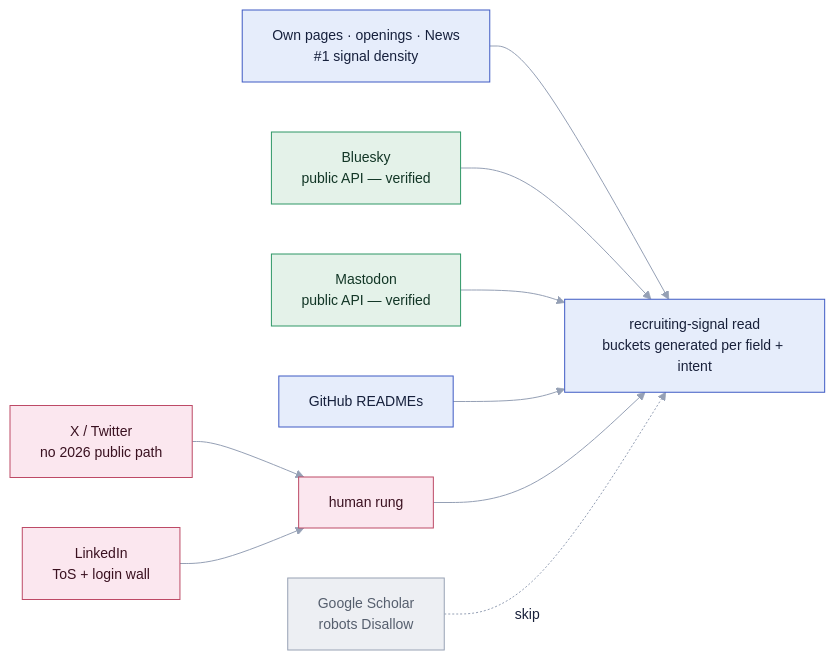
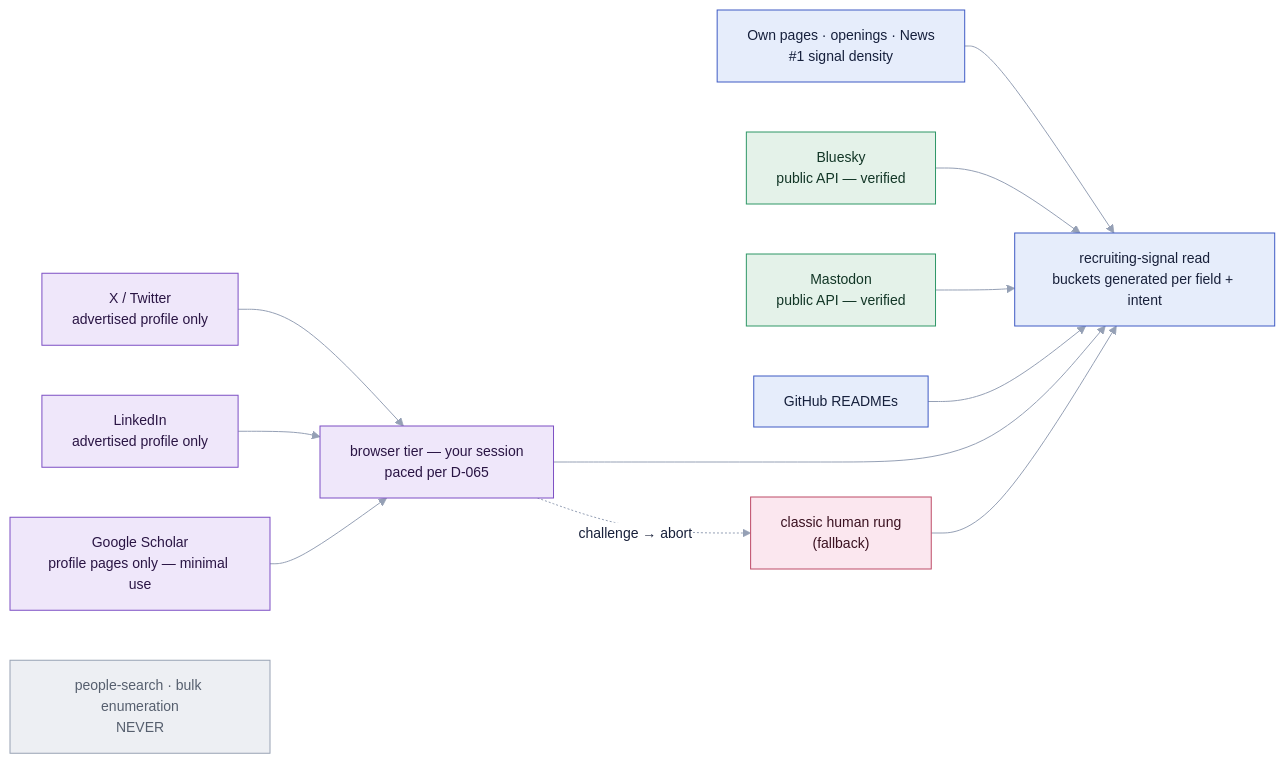
Before and after one commit to ahmedmahershaaban/supervisorly: the eighth of 12 diagrams in docs/design-atlas.md, drawn with Mermaid. The commit also changed other lines of this file and 3 other files, not shown here.

First line of the commit message:
B7: update design-atlas artifacts to the shipped reality + dashboard diagram

````diff
--- a/docs/design-atlas.md
+++ b/docs/design-atlas.md
@@ -220,31 +423,37 @@
 ```mermaid
 %%{init:{'theme':'base','themeVariables':{'fontFamily':'ui-sans-serif,system-ui,sans-serif','fontSize':'14px','primaryColor':'#e6edfb','primaryBorderColor':'#3f5bc4','primaryTextColor':'#18203a','lineColor':'#95a0b5','secondaryColor':'#eef1f6','tertiaryColor':'#f6f8fb','clusterBkg':'#f6f8fb','clusterBorder':'#cbd3e2','edgeLabelBackground':'#ffffff'}}}%%
 flowchart LR
   OWN["Own pages · openings · News<br/>#1 signal density"]
   BSKY["Bluesky<br/>public API — verified"]
   MASTO["Mastodon<br/>public API — verified"]
   GH["GitHub READMEs"]
-  X["X / Twitter<br/>no 2026 public path"]
-  LI["LinkedIn<br/>ToS + login wall"]
-  GS["Google Scholar<br/>robots Disallow"]
+  X["X / Twitter<br/>advertised profile only"]
+  LI["LinkedIn<br/>advertised profile only"]
+  GS["Google Scholar<br/>profile pages only — minimal use"]
 
   RS["recruiting-signal read<br/>buckets generated per field + intent"]
-  HUMAN["human rung"]
+  BTIER["browser tier — your session<br/>paced per D-065"]
+  HUMAN["classic human rung<br/>(fallback)"]
+  NEVER["people-search · bulk enumeration<br/>NEVER"]
 
   OWN --> RS
   BSKY --> RS
   MASTO --> RS
   GH --> RS
-  X --> HUMAN --> RS
-  LI --> HUMAN
-  GS -.->|"skip"| RS
+  X --> BTIER
+  LI --> BTIER
+  GS --> BTIER
+  BTIER --> RS
+  BTIER -.->|"challenge → abort"| HUMAN --> RS
 
   classDef tool fill:#e6edfb,stroke:#3f5bc4,color:#16203c;
   classDef verified fill:#e4f2e9,stroke:#2f9767,color:#123626;
+  classDef agentv fill:#efe7fa,stroke:#7c4fc4,color:#2a1544;
   classDef human fill:#fbe7ef,stroke:#bd4a66,color:#3a1120;
   classDef skip fill:#edeff3,stroke:#98a2b4,color:#565f6e;
   class OWN,GH tool
   class BSKY,MASTO verified
-  class X,LI,HUMAN human
-  class GS skip
+  class X,LI,GS,BTIER agentv
+  class HUMAN human
+  class NEVER skip
 ```
````
